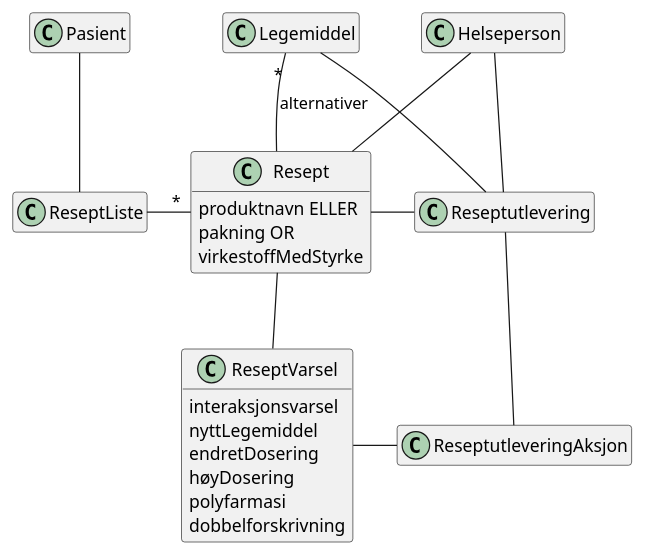
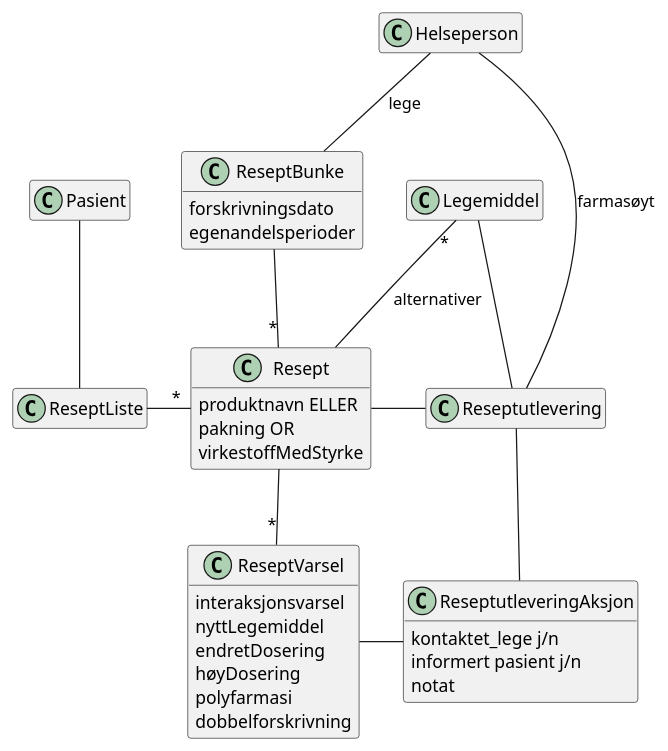
The diagram in doc/class-reseptur-konseptuell.puml (sopra-steria-norge/pharmacy.no), drawn with PlantUML before and after one commit. The commit also changed 3 other files, not shown here.

```diff
--- a/doc/class-reseptur-konseptuell.puml
+++ b/doc/class-reseptur-konseptuell.puml
@@ -1,44 +1,54 @@
 @startuml
 
 class Pasient
 
 class ReseptListe
 
 class Resept {
     produktnavn ELLER
     pakning OR
     virkestoffMedStyrke
+}
+
+class ReseptBunke {
+    forskrivningsdato
+    egenandelsperioder
 }
 
 class ReseptVarsel {
     interaksjonsvarsel
     nyttLegemiddel
     endretDosering
     høyDosering
     polyfarmasi
     dobbelforskrivning
 }
 
 class Legemiddel
 
 class Helseperson
 
 class Reseptutlevering
 
-class ReseptutleveringAksjon
+class ReseptutleveringAksjon {
+    kontaktet_lege j/n
+    informert pasient j/n
+    notat
+}
 
 Pasient -down- ReseptListe
 ReseptListe -right- "*" Resept
-Resept -up- Helseperson
-Resept -down- ReseptVarsel
+ReseptBunke -up- Helseperson: lege
+Resept "*" -up- ReseptBunke
+Resept -down- "*" ReseptVarsel
 Resept -right- Reseptutlevering
 Reseptutlevering -down- ReseptutleveringAksjon
 ReseptVarsel -right- ReseptutleveringAksjon
 
 Resept -up- "*" Legemiddel: alternativer
 Reseptutlevering -up- Legemiddel
-Reseptutlevering -up- Helseperson
+Reseptutlevering -up- Helseperson: farmasøyt
 
 hide empty members
 hide methods
 @enduml
```
